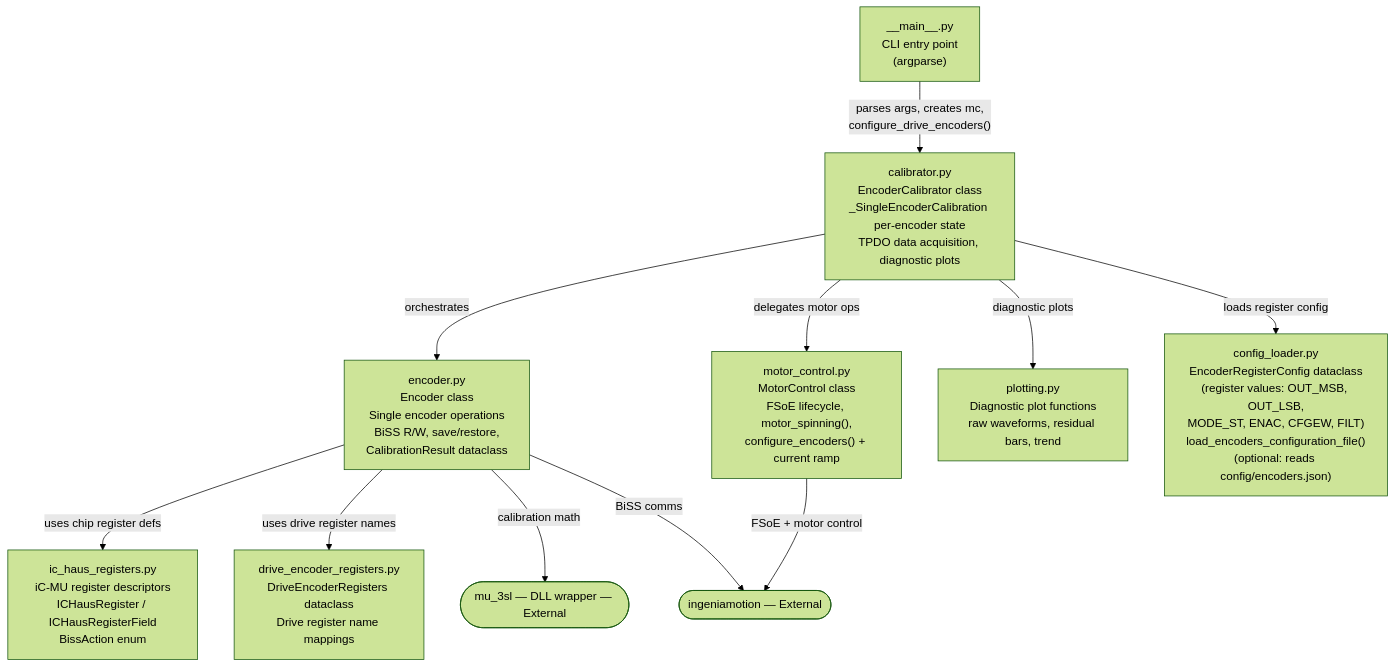
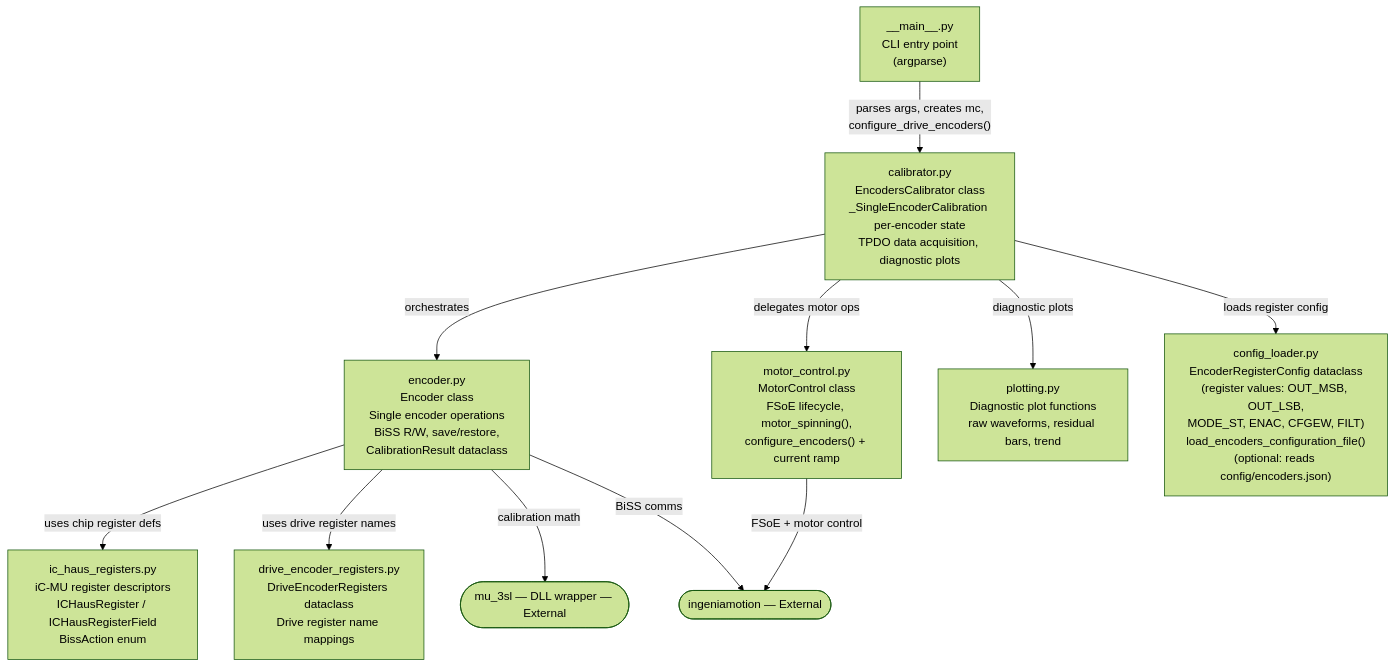
One commit to ingeniamc/iC-Haus-magnetic-encoder-calibration changed the first of 3 diagrams in docs/architecture.md. Above: the diagram before and after it, drawn with Mermaid (forest theme). The commit also changed other lines of this file and 2 other files, not shown here.

Commit message:
Rename EncoderCalibrator to EncodersCalibrator and change error logging to warning.

````diff
--- a/docs/architecture.md
+++ b/docs/architecture.md
@@ -166,25 +166,25 @@
 ```mermaid
 flowchart TD
     MAIN["__main__.py<br/>CLI entry point<br/>(argparse)"]
     ICREG["ic_haus_registers.py<br/>iC-MU register descriptors<br/>ICHausRegister / ICHausRegisterField<br/>BissAction enum"]
     DRVREG["drive_encoder_registers.py<br/>DriveEncoderRegisters dataclass<br/>Drive register name mappings"]
     CFG["config_loader.py<br/>EncoderRegisterConfig dataclass<br/>(register values: OUT_MSB, OUT_LSB,<br/>MODE_ST, ENAC, CFGEW, FILT)<br/>load_encoders_configuration_file()<br/>(optional: reads config/encoders.json)"]
     ENC["encoder.py<br/>Encoder class<br/>Single encoder operations<br/>BiSS R/W, save/restore,<br/>CalibrationResult dataclass"]
     MOT["motor_control.py<br/>MotorControl class<br/>FSoE lifecycle, motor_spinning(),<br/>configure_encoders() + current ramp"]
-    CAL["calibrator.py<br/>EncoderCalibrator class<br/>_SingleEncoderCalibration per-encoder state<br/>TPDO data acquisition, diagnostic plots"]
+    CAL["calibrator.py<br/>EncodersCalibrator class<br/>_SingleEncoderCalibration per-encoder state<br/>TPDO data acquisition, diagnostic plots"]
     PLOT["plotting.py<br/>Diagnostic plot functions<br/>raw waveforms, residual bars, trend"]
 
     MU([mu_3sl — DLL wrapper — External])
     IM([ingeniamotion — External])
 
     MAIN -->|"parses args, creates mc,<br/>configure_drive_encoders()"| CAL
     CAL -->|"orchestrates"| ENC
     CAL -->|"delegates motor ops"| MOT
     CAL -->|"diagnostic plots"| PLOT
     CAL -->|"loads register config"| CFG
     MOT -->|"FSoE + motor control"| IM
     ENC -->|"uses chip register defs"| ICREG
     ENC -->|"uses drive register names"| DRVREG
     ENC -->|"calibration math"| MU
     ENC -->|"BiSS comms"| IM
 ```
````
